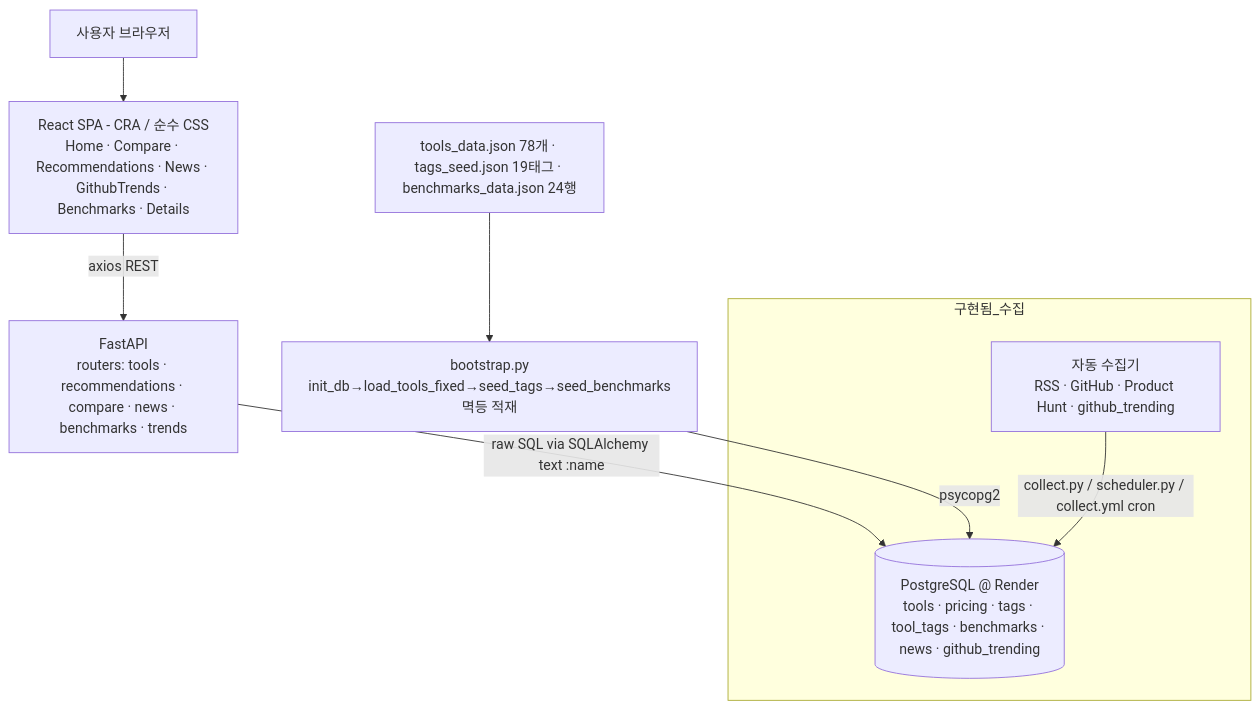
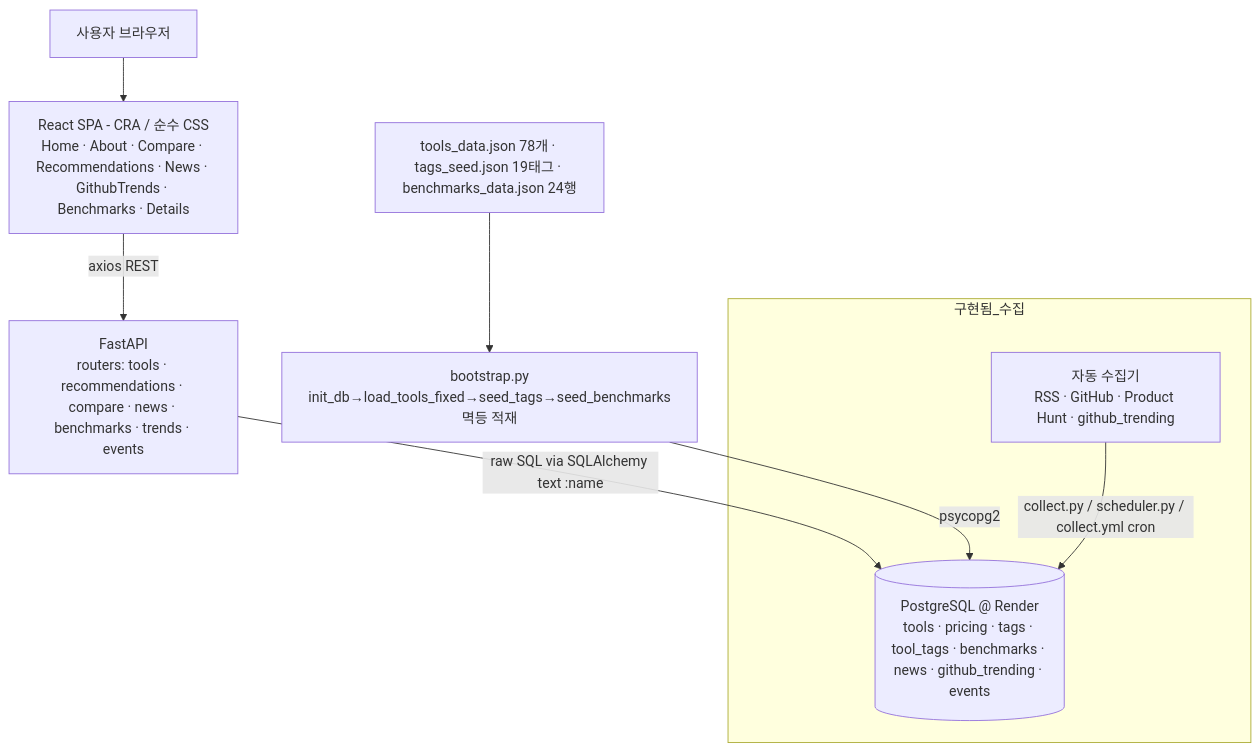
One commit to ybkim202/ai-tools-platform changed the first of 3 diagrams in docs/PROJECT_OVERVIEW.md. Above: the diagram before and after it, drawn with Mermaid. The commit also changed other lines of this file and 2 other files, not shown here.

First line of the commit message:
Docs: About 페이지·클릭 전환 추적·meta 카운트를 정본 문서에 반영

````diff
--- a/docs/PROJECT_OVERVIEW.md
+++ b/docs/PROJECT_OVERVIEW.md
@@ -116,13 +122,13 @@
 ```mermaid
 flowchart TD
-    User[사용자 브라우저] --> FE[React SPA - CRA / 순수 CSS<br/>Home · Compare · Recommendations · News · GithubTrends · Benchmarks · Details]
-    FE -->|axios REST| BE[FastAPI<br/>routers: tools · recommendations · compare · news · benchmarks · trends]
-    BE -->|raw SQL via SQLAlchemy text :name| DB[(PostgreSQL @ Render<br/>tools · pricing · tags · tool_tags · benchmarks · news · github_trending)]
+    User[사용자 브라우저] --> FE[React SPA - CRA / 순수 CSS<br/>Home · About · Compare · Recommendations · News · GithubTrends · Benchmarks · Details]
+    FE -->|axios REST| BE[FastAPI<br/>routers: tools · recommendations · compare · news · benchmarks · trends · events]
+    BE -->|raw SQL via SQLAlchemy text :name| DB[(PostgreSQL @ Render<br/>tools · pricing · tags · tool_tags · benchmarks · news · github_trending · events)]
     Bootstrap[bootstrap.py<br/>init_db→load_tools_fixed→seed_tags→seed_benchmarks<br/>멱등 적재] -->|psycopg2| DB
     JSON[tools_data.json 78개 · tags_seed.json 19태그 · benchmarks_data.json 24행] --> Bootstrap
 
     subgraph 구현됨_수집
       Collector[자동 수집기<br/>RSS · GitHub · Product Hunt · github_trending]
       Collector -->|collect.py / scheduler.py / collect.yml cron| DB
     end
 ```
````
